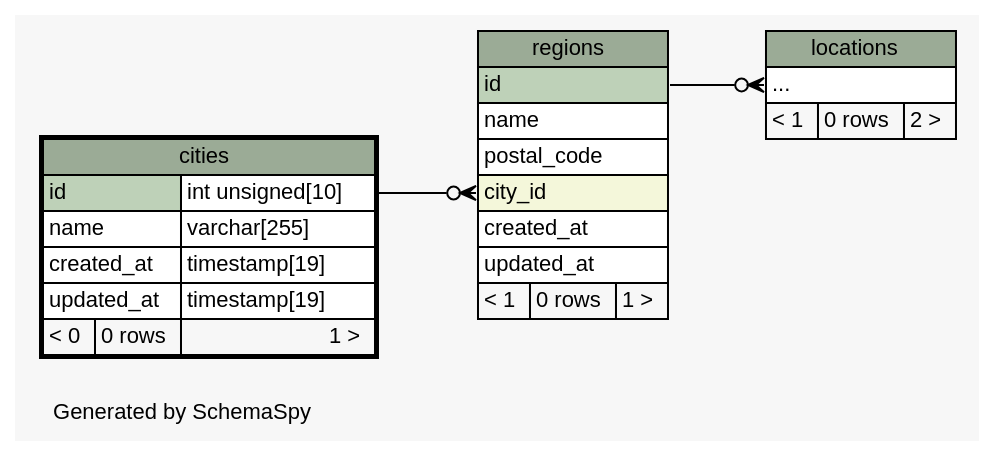
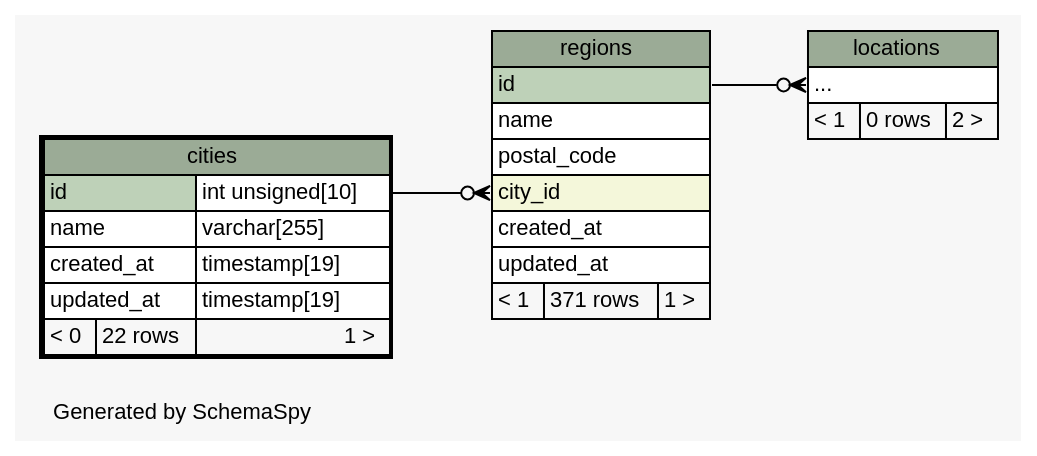
One commit to g0v/poli-radar-api changed the diagram in docs/diagrams/cities.2degrees.dot. Above: the diagram before and after it, drawn with Graphviz. The commit also changed 105 other files, not shown here.

Commit message:
updated diagram

```diff
--- a/docs/diagrams/cities.2degrees.dot
+++ b/docs/diagrams/cities.2degrees.dot
@@ -1,62 +1,62 @@
 // dot 2.28.0 on Windows 10 10.0
 // SchemaSpy rev 590
 digraph "twoDegreesRelationshipsDiagram" {
   graph [
     rankdir="RL"
     bgcolor="#f7f7f7"
     label="\nGenerated by SchemaSpy"
     labeljust="l"
     nodesep="0.18"
     ranksep="0.46"
     fontname="Helvetica"
     fontsize="11"
   ];
   node [
     fontname="Helvetica"
     fontsize="11"
     shape="plaintext"
   ];
   edge [
     arrowsize="0.8"
   ];
   "locations":"elipses":w -> "regions":"id":e [arrowhead=none dir=back arrowtail=crowodot];
   "regions":"city_id":w -> "cities":"id.type":e [arrowhead=none dir=back arrowtail=crowodot];
   "cities" [
     label=<
     <TABLE BORDER="2" CELLBORDER="1" CELLSPACING="0" BGCOLOR="#ffffff">
       <TR><TD COLSPAN="3" BGCOLOR="#9bab96" ALIGN="CENTER">cities</TD></TR>
       <TR><TD PORT="id" COLSPAN="2" BGCOLOR="#bed1b8" ALIGN="LEFT">id</TD><TD PORT="id.type" ALIGN="LEFT">int unsigned[10]</TD></TR>
       <TR><TD PORT="name" COLSPAN="2" ALIGN="LEFT">name</TD><TD PORT="name.type" ALIGN="LEFT">varchar[255]</TD></TR>
       <TR><TD PORT="created_at" COLSPAN="2" ALIGN="LEFT">created_at</TD><TD PORT="created_at.type" ALIGN="LEFT">timestamp[19]</TD></TR>
       <TR><TD PORT="updated_at" COLSPAN="2" ALIGN="LEFT">updated_at</TD><TD PORT="updated_at.type" ALIGN="LEFT">timestamp[19]</TD></TR>
-      <TR><TD ALIGN="LEFT" BGCOLOR="#f7f7f7">&lt; 0</TD><TD ALIGN="RIGHT" BGCOLOR="#f7f7f7">0 rows</TD><TD ALIGN="RIGHT" BGCOLOR="#f7f7f7">1 &gt;</TD></TR>
+      <TR><TD ALIGN="LEFT" BGCOLOR="#f7f7f7">&lt; 0</TD><TD ALIGN="RIGHT" BGCOLOR="#f7f7f7">22 rows</TD><TD ALIGN="RIGHT" BGCOLOR="#f7f7f7">1 &gt;</TD></TR>
     </TABLE>>
     URL="cities.html"
     tooltip="cities"
   ];
   "locations" [
     label=<
     <TABLE BORDER="0" CELLBORDER="1" CELLSPACING="0" BGCOLOR="#ffffff">
       <TR><TD COLSPAN="3" BGCOLOR="#9bab96" ALIGN="CENTER">locations</TD></TR>
       <TR><TD PORT="elipses" COLSPAN="3" ALIGN="LEFT">...</TD></TR>
       <TR><TD ALIGN="LEFT" BGCOLOR="#f7f7f7">&lt; 1</TD><TD ALIGN="RIGHT" BGCOLOR="#f7f7f7">0 rows</TD><TD ALIGN="RIGHT" BGCOLOR="#f7f7f7">2 &gt;</TD></TR>
     </TABLE>>
     URL="locations.html"
     tooltip="locations"
   ];
   "regions" [
     label=<
     <TABLE BORDER="0" CELLBORDER="1" CELLSPACING="0" BGCOLOR="#ffffff">
       <TR><TD COLSPAN="3" BGCOLOR="#9bab96" ALIGN="CENTER">regions</TD></TR>
       <TR><TD PORT="id" COLSPAN="3" BGCOLOR="#bed1b8" ALIGN="LEFT">id</TD></TR>
       <TR><TD PORT="name" COLSPAN="3" ALIGN="LEFT">name</TD></TR>
       <TR><TD PORT="postal_code" COLSPAN="3" ALIGN="LEFT">postal_code</TD></TR>
       <TR><TD PORT="city_id" COLSPAN="3" BGCOLOR="#f4f7da" ALIGN="LEFT">city_id</TD></TR>
       <TR><TD PORT="created_at" COLSPAN="3" ALIGN="LEFT">created_at</TD></TR>
       <TR><TD PORT="updated_at" COLSPAN="3" ALIGN="LEFT">updated_at</TD></TR>
-      <TR><TD ALIGN="LEFT" BGCOLOR="#f7f7f7">&lt; 1</TD><TD ALIGN="RIGHT" BGCOLOR="#f7f7f7">0 rows</TD><TD ALIGN="RIGHT" BGCOLOR="#f7f7f7">1 &gt;</TD></TR>
+      <TR><TD ALIGN="LEFT" BGCOLOR="#f7f7f7">&lt; 1</TD><TD ALIGN="RIGHT" BGCOLOR="#f7f7f7">371 rows</TD><TD ALIGN="RIGHT" BGCOLOR="#f7f7f7">1 &gt;</TD></TR>
     </TABLE>>
     URL="regions.html"
     tooltip="regions"
   ];
 }
```
